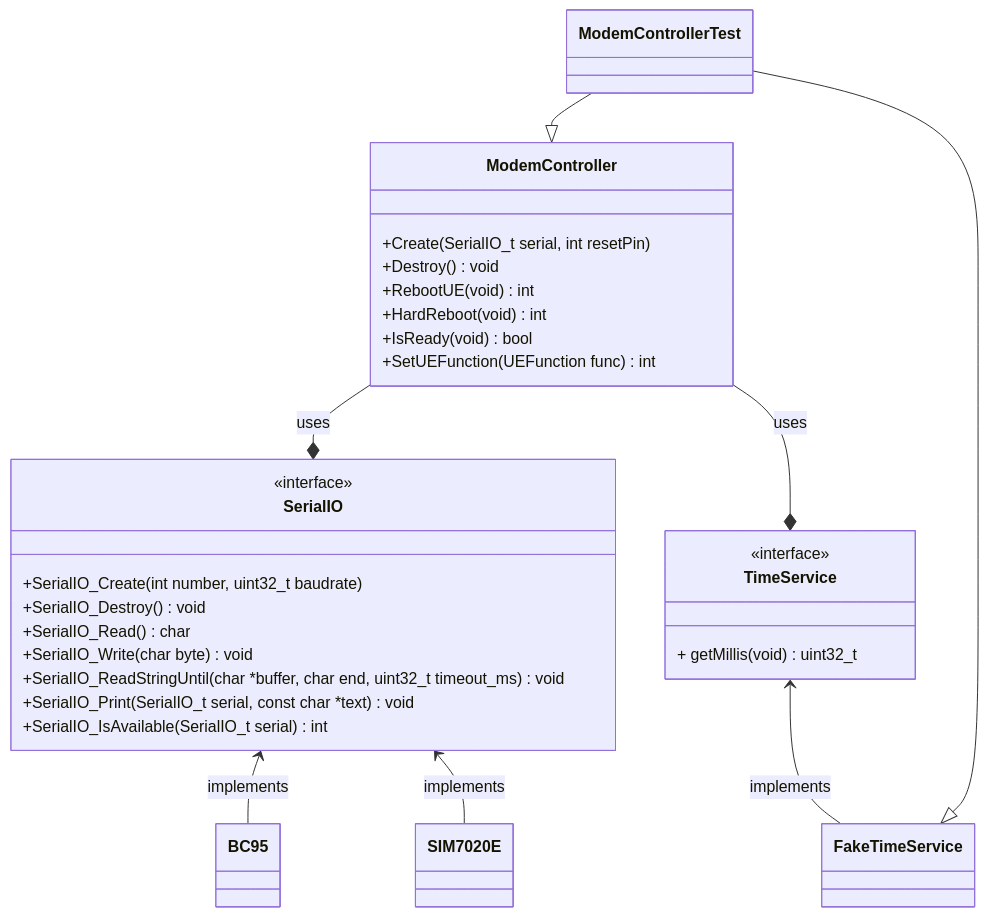
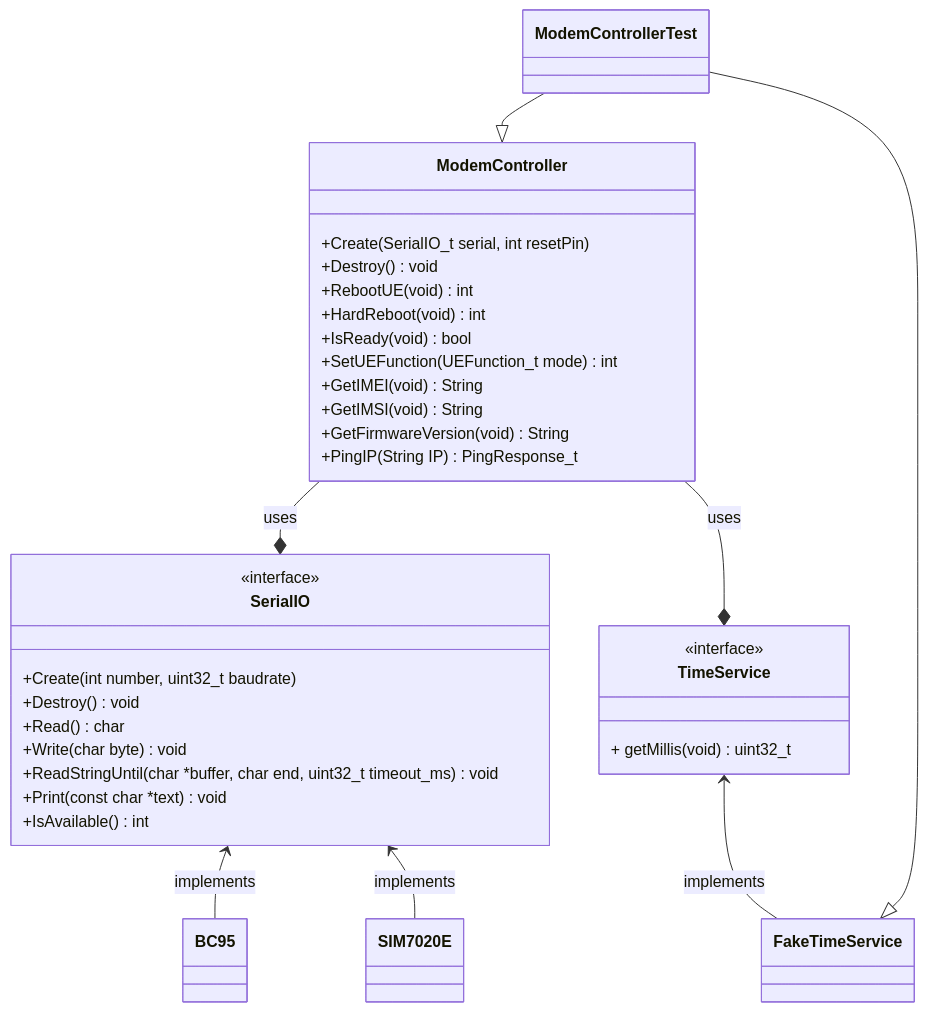
Before and after one commit to aungkhantmaw64/BC95Driver: the diagram in README.md, drawn with Mermaid. The commit also changed other lines of this file, not shown here.

Commit message:
Add getIMEI and IMSI

````diff
--- a/README.md
+++ b/README.md
@@ -7,50 +7,54 @@
 ```mermaid
 classDiagram
     class ModemControllerTest{
 
     }
 
     class ModemController{
         +Create(SerialIO_t serial, int resetPin)
         +Destroy() void
         +RebootUE(void) int
         +HardReboot(void) int
         +IsReady(void) bool
-        +SetUEFunction(UEFunction func) int
+        +SetUEFunction(UEFunction_t mode) int
+        +GetIMEI(void) String
+        +GetIMSI(void) String
+        +GetFirmwareVersion(void) String
+        +PingIP(String IP) PingResponse_t
     }
 
     class TimeService{
         <<interface>>
         + getMillis(void) uint32_t
     }
 
     class FakeTimeService{
 
     }
 
     class SerialIO{
         <<interface>>
-        +SerialIO_Create(int number, uint32_t baudrate)
-        +SerialIO_Destroy() void
-        +SerialIO_Read() char
-        +SerialIO_Write(char byte) void
-        +SerialIO_ReadStringUntil(char *buffer, char end, uint32_t timeout_ms) void
-    +SerialIO_Print(SerialIO_t serial, const char *text) void
-    +SerialIO_IsAvailable(SerialIO_t serial) int
+        +Create(int number, uint32_t baudrate)
+        +Destroy() void
+        +Read() char
+        +Write(char byte) void
+        +ReadStringUntil(char *buffer, char end, uint32_t timeout_ms) void
+    +Print(const char *text) void
+    +IsAvailable() int
     }
 
     class BC95{
 
     }
     class SIM7020E{
 
     }
     ModemControllerTest --|> ModemController
     ModemControllerTest --|> FakeTimeService
     ModemController --* SerialIO: uses
     SerialIO <-- BC95: implements
     SerialIO <-- SIM7020E: implements
     ModemController --* TimeService: uses
     TimeService <-- FakeTimeService: implements
 
 ```
````
